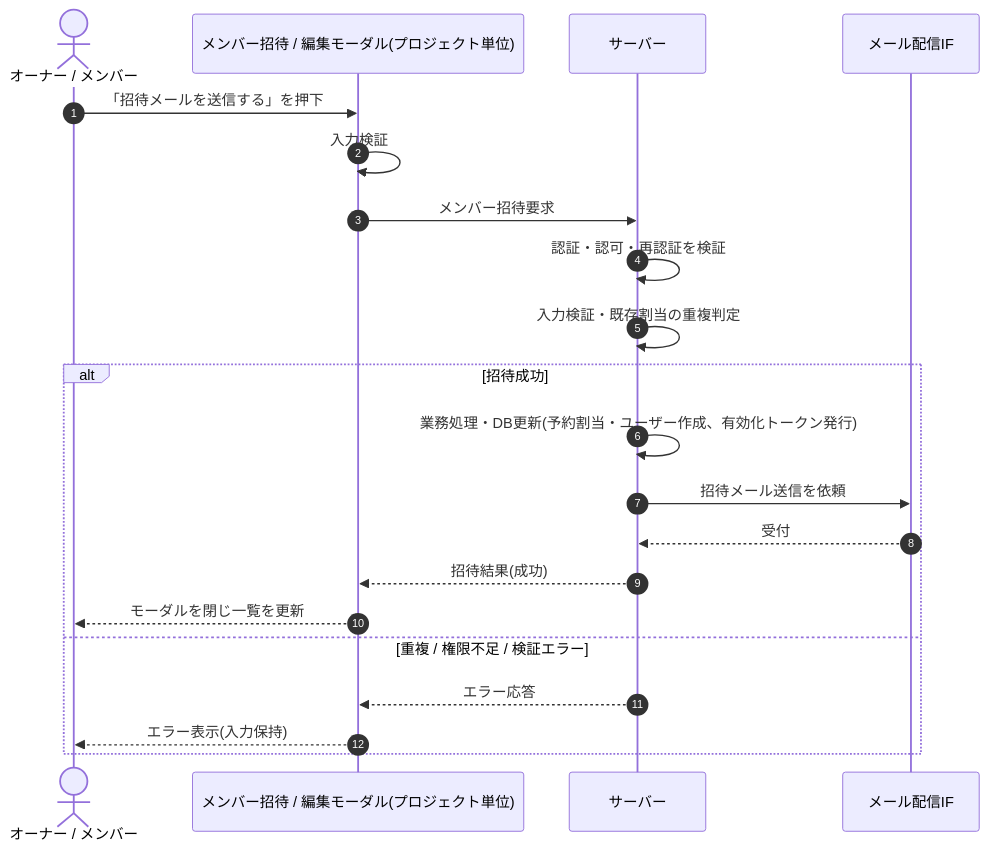
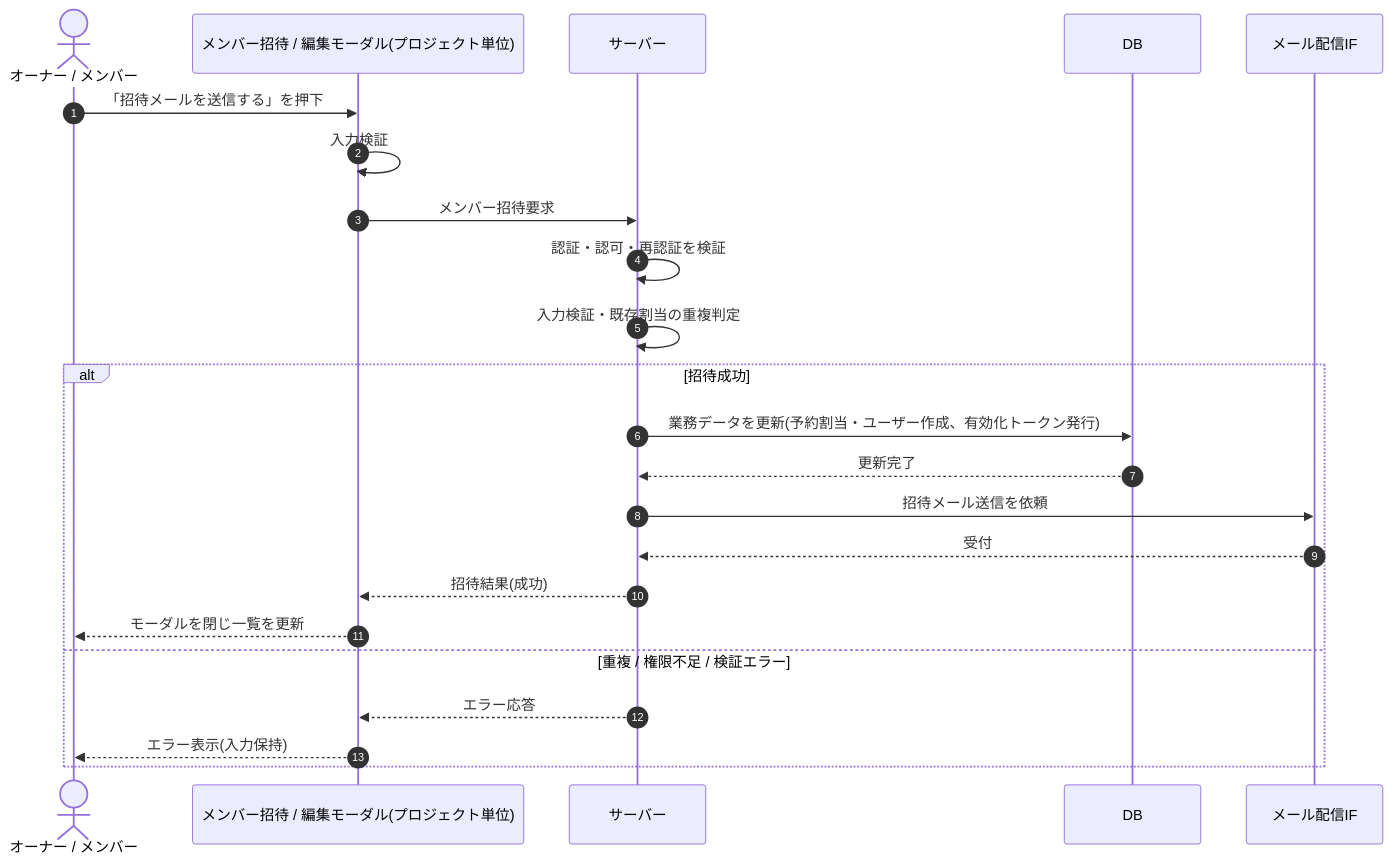
One commit to sikakou54/open-faq changed the diagram in 02_basic_design/03_sequences/SEQ-048.md. Above: the diagram before and after it, drawn with Mermaid. The commit also changed other lines of this file and 122 other files, not shown here.

First line of the commit message:
シーケンス図に DB アクターを追加(DB 操作をサーバー自己メッセージから分離)

````diff
--- a/02_basic_design/03_sequences/SEQ-048.md
+++ b/02_basic_design/03_sequences/SEQ-048.md
@@ -26,23 +26,25 @@
 ```mermaid
 sequenceDiagram
   autonumber
   actor U as オーナー / メンバー
   participant Screen as メンバー招待 / 編集モーダル(プロジェクト単位)
   participant Server as サーバー
+  participant DB as DB
   participant MAIL as メール配信IF
   U->>Screen: 「招待メールを送信する」を押下
   Screen->>Screen: 入力検証
   Screen->>Server: メンバー招待要求
   Server->>Server: 認証・認可・再認証を検証
   Server->>Server: 入力検証・既存割当の重複判定
   alt 招待成功
-    Server->>Server: 業務処理・DB更新(予約割当・ユーザー作成、有効化トークン発行)
+    Server->>DB: 業務データを更新(予約割当・ユーザー作成、有効化トークン発行)
+    DB-->>Server: 更新完了
     Server->>MAIL: 招待メール送信を依頼
     MAIL-->>Server: 受付
     Server-->>Screen: 招待結果(成功)
     Screen-->>U: モーダルを閉じ一覧を更新
   else 重複 / 権限不足 / 検証エラー
     Server-->>Screen: エラー応答
     Screen-->>U: エラー表示(入力保持)
   end
 ```
````
